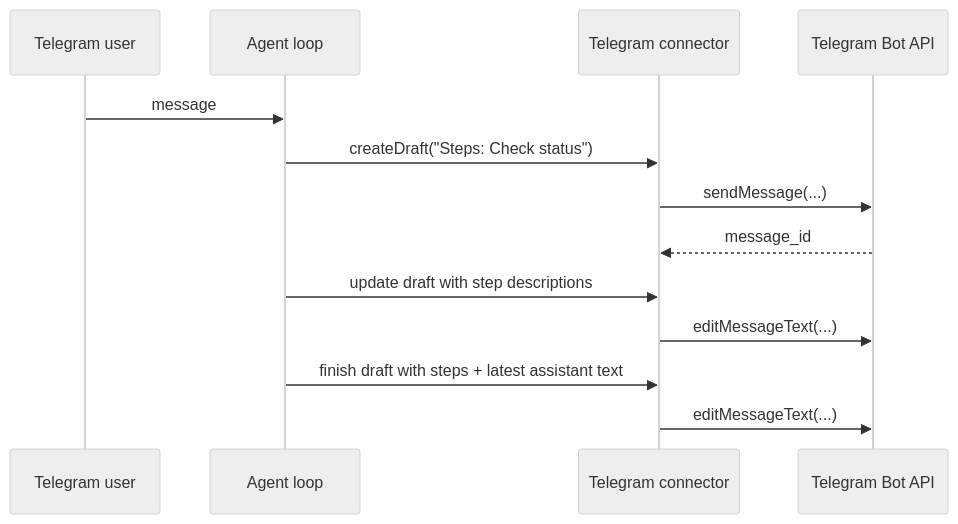
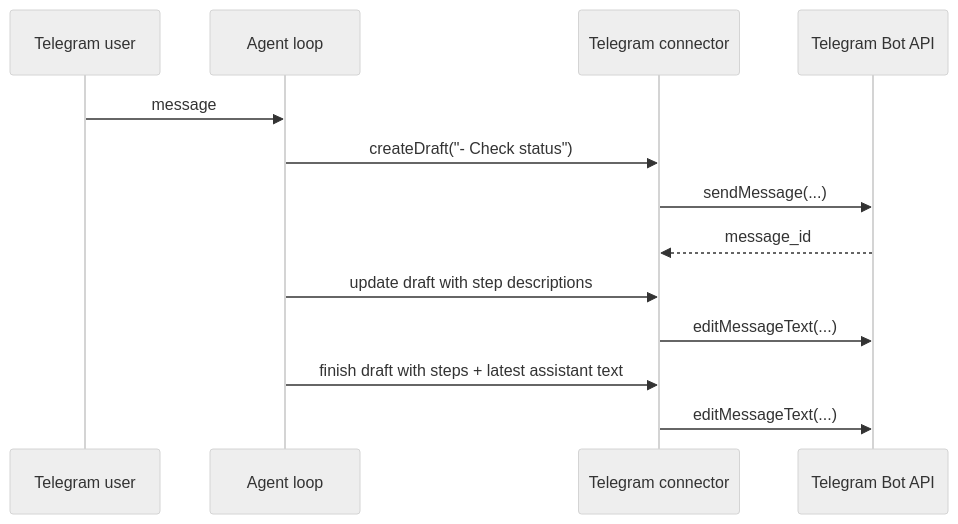
One commit to ex3ndr/daycare changed the diagram in doc/20260307-telegram-draft-messages.md. Above: the diagram before and after it, drawn with Mermaid (neutral theme). The commit also changed 2 other files, not shown here.

Commit message:
fix(telegram): remove draft steps label

````diff
--- a/doc/20260307-telegram-draft-messages.md
+++ b/doc/20260307-telegram-draft-messages.md
@@ -13,16 +13,16 @@
 ```mermaid
 sequenceDiagram
     participant U as Telegram user
     participant A as Agent loop
     participant T as Telegram connector
     participant TG as Telegram Bot API
 
     U->>A: message
-    A->>T: createDraft("Steps: Check status")
+    A->>T: createDraft("- Check status")
     T->>TG: sendMessage(...)
     TG-->>T: message_id
     A->>T: update draft with step descriptions
     T->>TG: editMessageText(...)
     A->>T: finish draft with steps + latest assistant text
     T->>TG: editMessageText(...)
 ```
````
